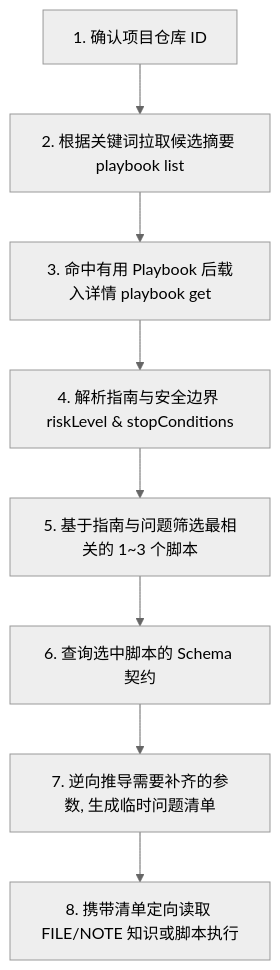
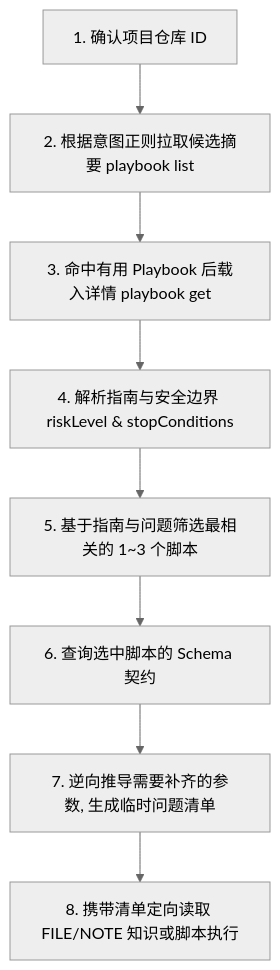
One commit to team4u/actiondock changed the diagram in docs/playbook.md. Above: the diagram before and after it, drawn with Mermaid (neutral theme). The commit also changed other lines of this file and 50 other files, not shown here.

````diff
--- a/docs/playbook.md
+++ b/docs/playbook.md
@@ -110,10 +124,10 @@
 ```mermaid
 flowchart TD
-    Start[1. 确认项目仓库 ID] --> Search[2. 根据关键词拉取候选摘要 playbook list]
+    Start[1. 确认项目仓库 ID] --> Search[2. 根据意图正则拉取候选摘要 playbook list]
     Search --> Fetch[3. 命中有用 Playbook 后载入详情 playbook get]
     Fetch --> Review[4. 解析指南与安全边界 riskLevel & stopConditions]
     Review --> Select[5. 基于指南与问题筛选最相关的 1~3 个脚本]
     Select --> Schema[6. 查询选中脚本的 Schema 契约]
     Schema --> Derive[7. 逆向推导需要补齐的参数, 生成临时问题清单]
     Derive --> Read[8. 携带清单定向读取 FILE/NOTE 知识或脚本执行]
 ```
````
